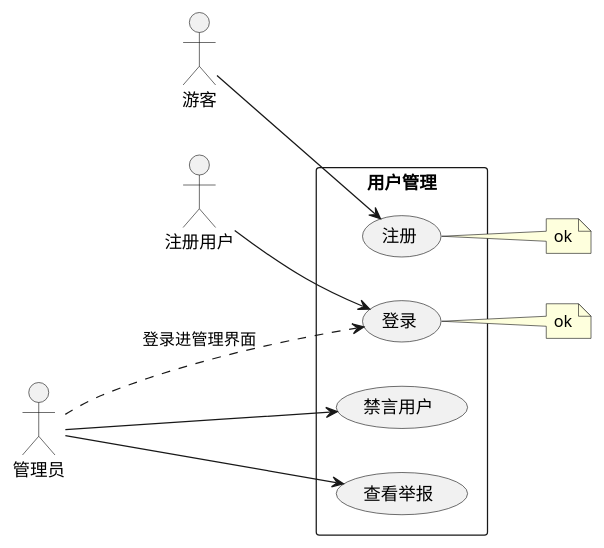
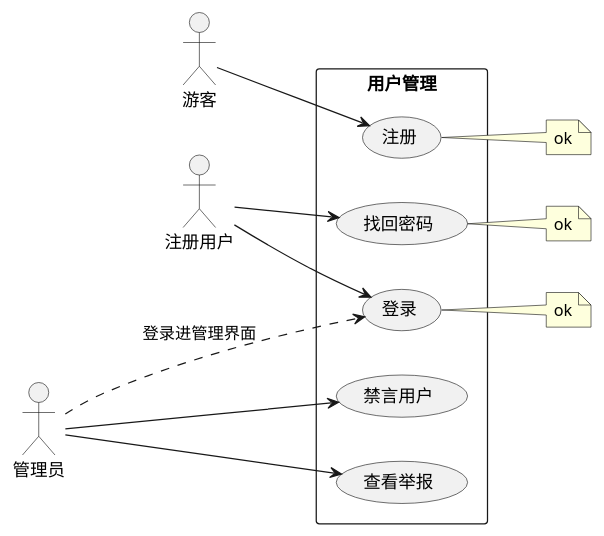
One commit to zhangxiucheng/Django--Shihu changed the diagram in uml/user.puml. Above: the diagram before and after it, drawn with PlantUML.

Commit message:
Add 找回密码

```diff
--- a/uml/user.puml
+++ b/uml/user.puml
@@ -1,20 +1,22 @@
 @startuml user
 left to right direction
 
 actor 游客
 actor 注册用户
 actor 管理员
 
 rectangle 用户管理 {
     游客 --> (注册)
 
+    注册用户 --> (找回密码)
     注册用户 --> (登录)
 
     管理员 ...> (登录): 登录进管理界面
     管理员 --> (禁言用户)
     管理员 --> (查看举报)
 }
 
 note right of (注册): ok
 note right of (登录): ok
+note right of (找回密码): ok
 @enduml
```
